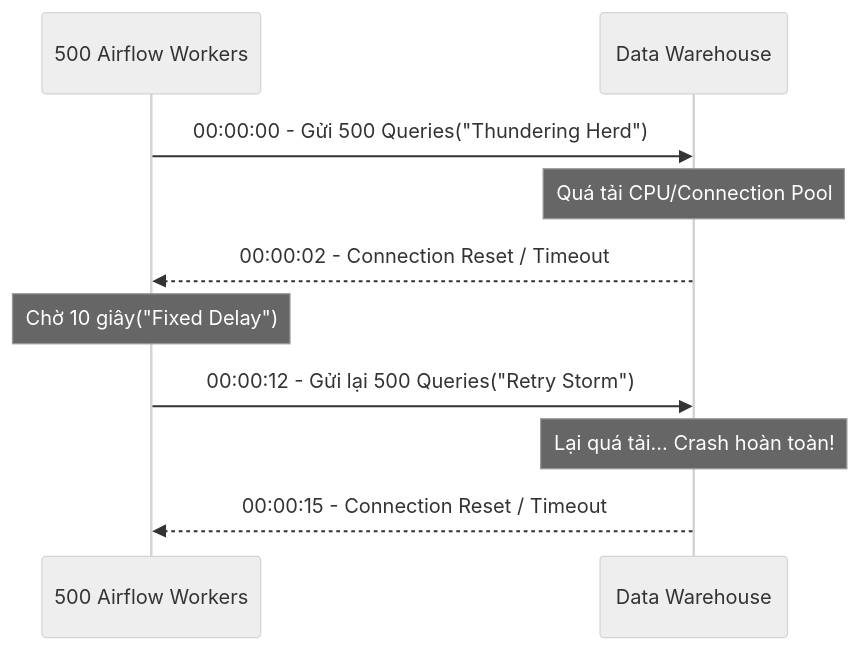
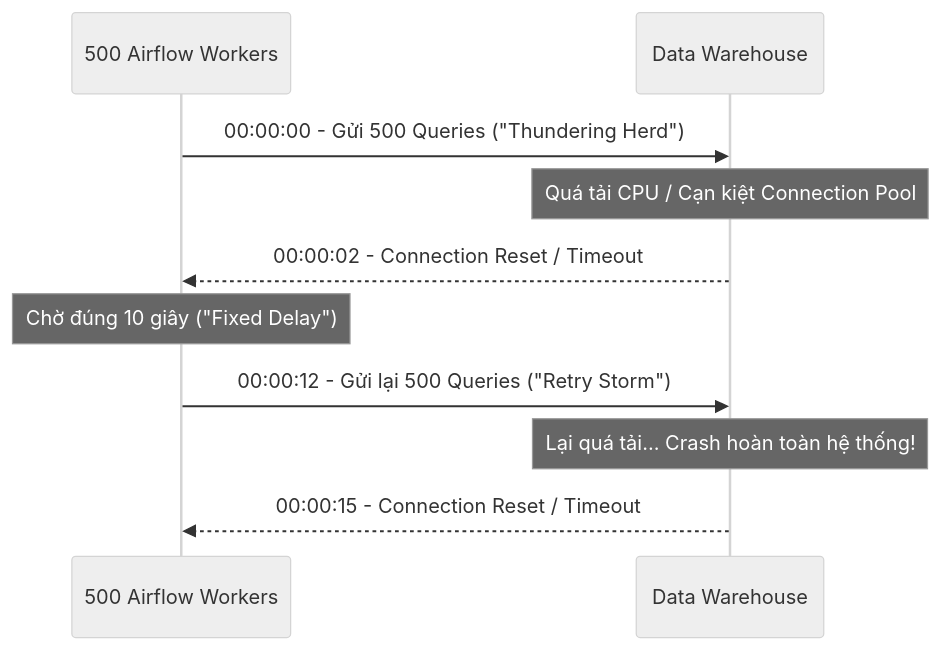
Before and after one commit to kythuatdulieu/kythuatdulieu.github.io: the first of 2 diagrams in src/content/docs/concepts/7-dataops-orchestration-quality/retries-sla.md, drawn with Mermaid (neutral theme). The commit also changed other lines of this file and 228 other files, not shown here.

Commit message:
Fix syntax and rewrite 200+ concepts docs to deep-dive system architecture and add GA4 tracking to quiz app

````diff
--- a/src/content/docs/concepts/7-dataops-orchestration-quality/retries-sla.md
+++ b/src/content/docs/concepts/7-dataops-orchestration-quality/retries-sla.md
@@ -25,15 +30,15 @@
 ```mermaid
 sequenceDiagram
     participant Workers as 500 Airflow Workers
     participant DB as Data Warehouse
     
-    Workers->>DB: 00:00:00 - Gửi 500 Queries("Thundering Herd")
-    Note over DB: Quá tải CPU/Connection Pool
+    Workers->>DB: 00:00:00 - Gửi 500 Queries ("Thundering Herd")
+    Note over DB: Quá tải CPU / Cạn kiệt Connection Pool
     DB-->>Workers: 00:00:02 - Connection Reset / Timeout
     
-    Note over Workers: Chờ 10 giây("Fixed Delay")
+    Note over Workers: Chờ đúng 10 giây ("Fixed Delay")
     
-    Workers->>DB: 00:00:12 - Gửi lại 500 Queries("Retry Storm")
-    Note over DB: Lại quá tải... Crash hoàn toàn!
+    Workers->>DB: 00:00:12 - Gửi lại 500 Queries ("Retry Storm")
+    Note over DB: Lại quá tải... Crash hoàn toàn hệ thống!
     DB-->>Workers: 00:00:15 - Connection Reset / Timeout
 ```
````
